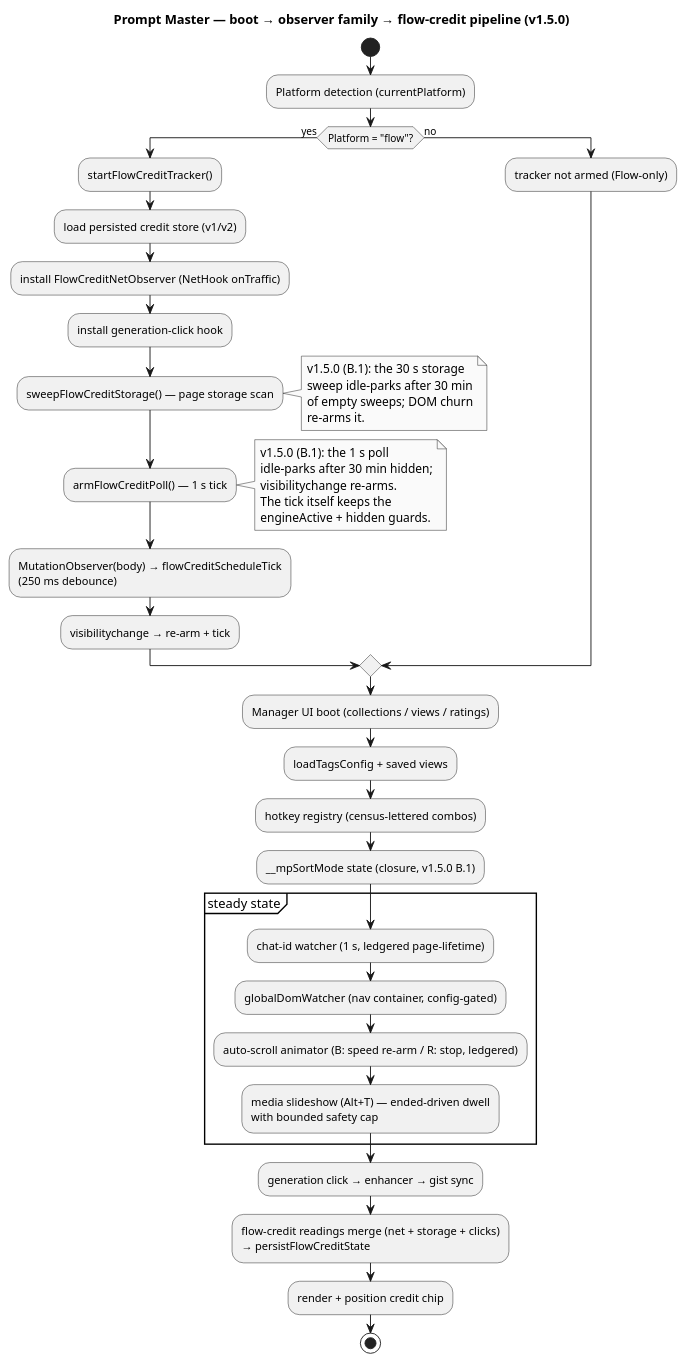
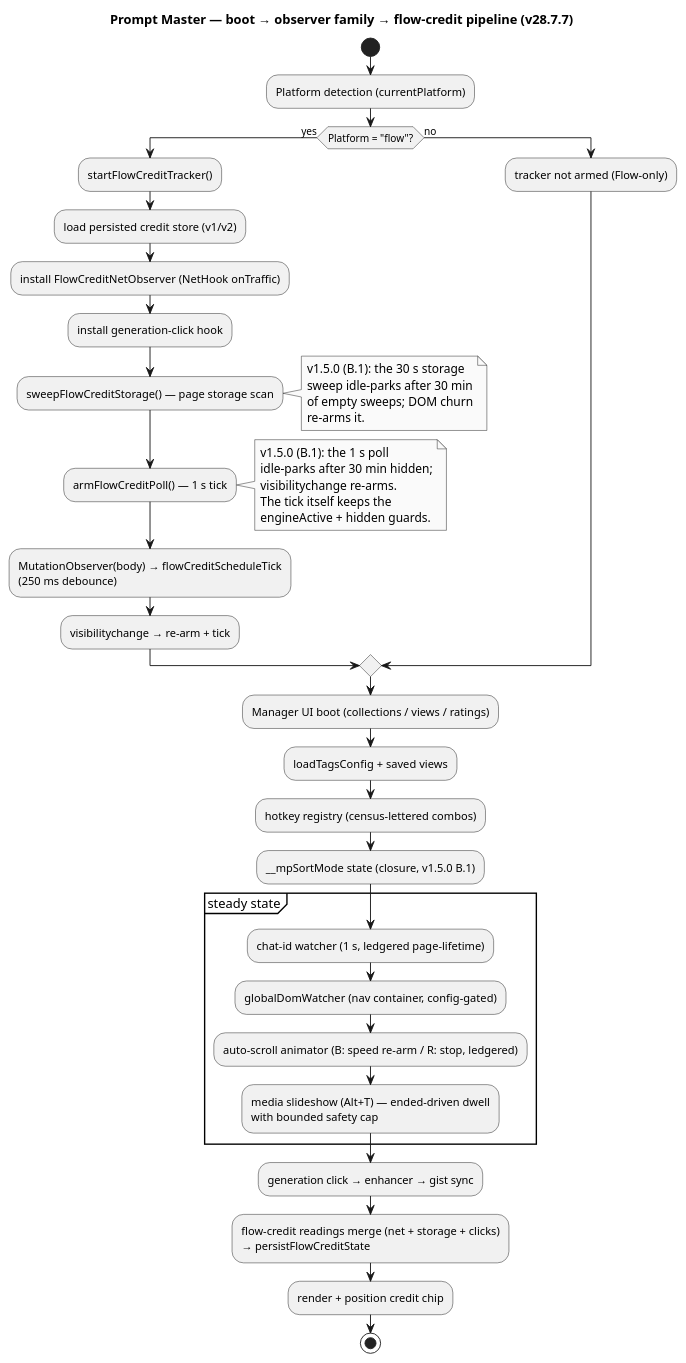
The diagram in documentation/prompt-master/FLOWCHART.puml (4ndr0666/userscripts), drawn with PlantUML before and after one commit. The commit also changed 13 other files, not shown here.

```diff
--- a/documentation/prompt-master/FLOWCHART.puml
+++ b/documentation/prompt-master/FLOWCHART.puml
@@ -1,53 +1,53 @@
 @startuml
 skinparam monochrome true
-title Prompt Master — boot → observer family → flow-credit pipeline (v1.5.0)
+title Prompt Master — boot → observer family → flow-credit pipeline (v28.7.7)
 
 start
 :Platform detection (currentPlatform);
 if (Platform = "flow"?) then (yes)
   :startFlowCreditTracker();
   :load persisted credit store (v1/v2);
   :install FlowCreditNetObserver (NetHook onTraffic);
   :install generation-click hook;
   :sweepFlowCreditStorage() — page storage scan;
   note right
     v1.5.0 (B.1): the 30 s storage
     sweep idle-parks after 30 min
     of empty sweeps; DOM churn
     re-arms it.
   end note
   :armFlowCreditPoll() — 1 s tick;
   note right
     v1.5.0 (B.1): the 1 s poll
     idle-parks after 30 min hidden;
     visibilitychange re-arms.
     The tick itself keeps the
     engineActive + hidden guards.
   end note
   :MutationObserver(body) → flowCreditScheduleTick
   (250 ms debounce);
   :visibilitychange → re-arm + tick;
 else (no)
   :tracker not armed (Flow-only);
 endif
 
 :Manager UI boot (collections / views / ratings);
 :loadTagsConfig + saved views;
 :hotkey registry (census-lettered combos);
 :__mpSortMode state (closure, v1.5.0 B.1);
 
 partition "steady state" {
   :chat-id watcher (1 s, ledgered page-lifetime);
   :globalDomWatcher (nav container, config-gated);
   :auto-scroll animator (B: speed re-arm / R: stop, ledgered);
   :media slideshow (Alt+T) — ended-driven dwell
   with bounded safety cap;
 }
 
 :generation click → enhancer → gist sync;
 :flow-credit readings merge (net + storage + clicks)
 → persistFlowCreditState;
 :render + position credit chip;
 
 stop
 @enduml
```
